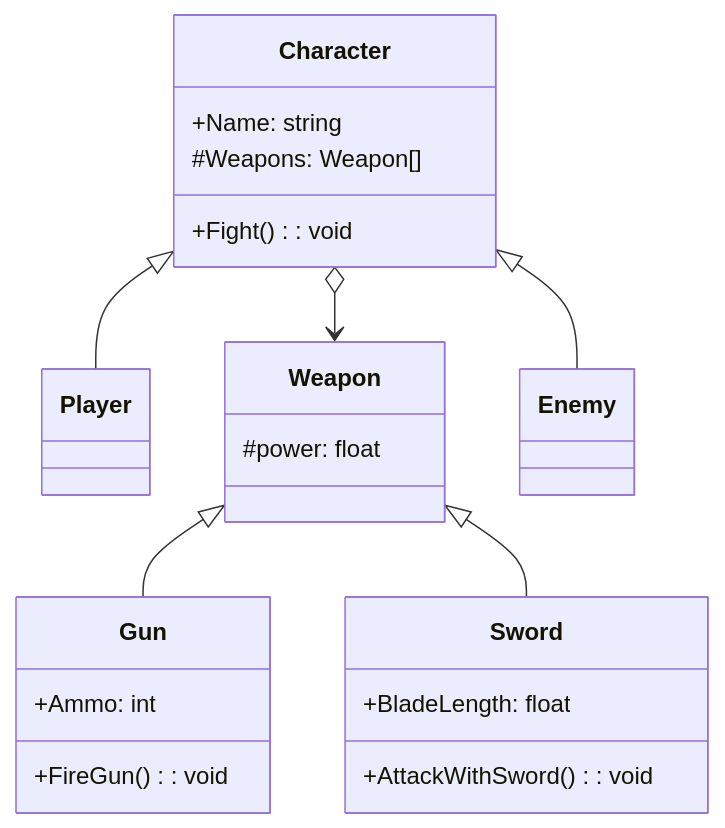
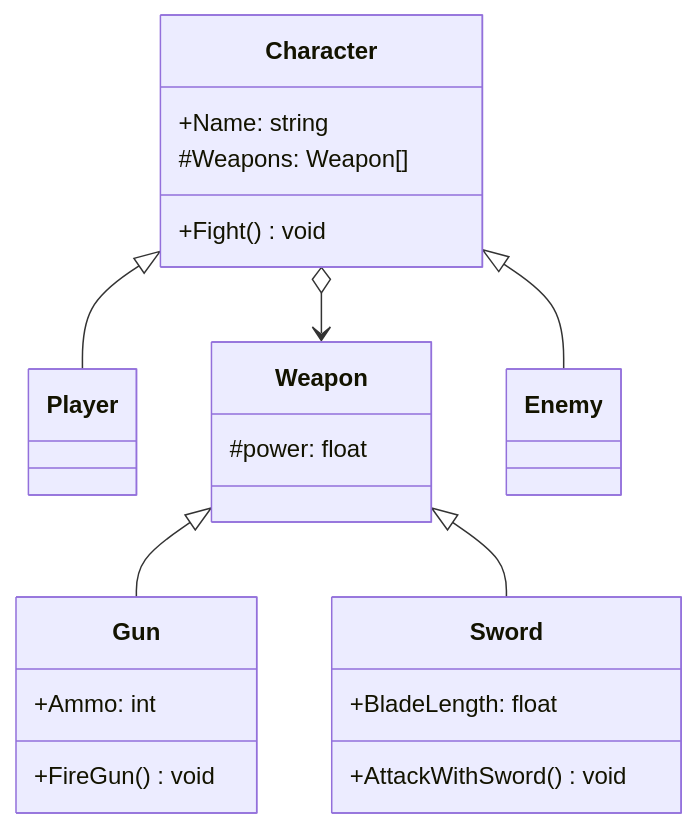
One commit to joao-fernandes97/LP1Semana07 changed the diagram in README.md. Above: the diagram before and after it, drawn with Mermaid.

Commit message:
readme fix

````diff
--- a/README.md
+++ b/README.md
@@ -4,25 +4,25 @@
 ```mermaid
  classDiagram
     Character <|-- Player
     Character o--> Weapon
     Character <|-- Enemy
     Weapon <|-- Gun
     Weapon <|-- Sword
     
     class Character{
         +Name: string
         #Weapons: Weapon[]
-        +Fight(): void
+        +Fight() void
     }
     class Weapon{
         #power: float
     }
     class Gun{
         +Ammo: int
-        +FireGun(): void
+        +FireGun() void
     }
     class Sword{
         +BladeLength: float
-        +AttackWithSword(): void
+        +AttackWithSword() void
     }
 ```
````
